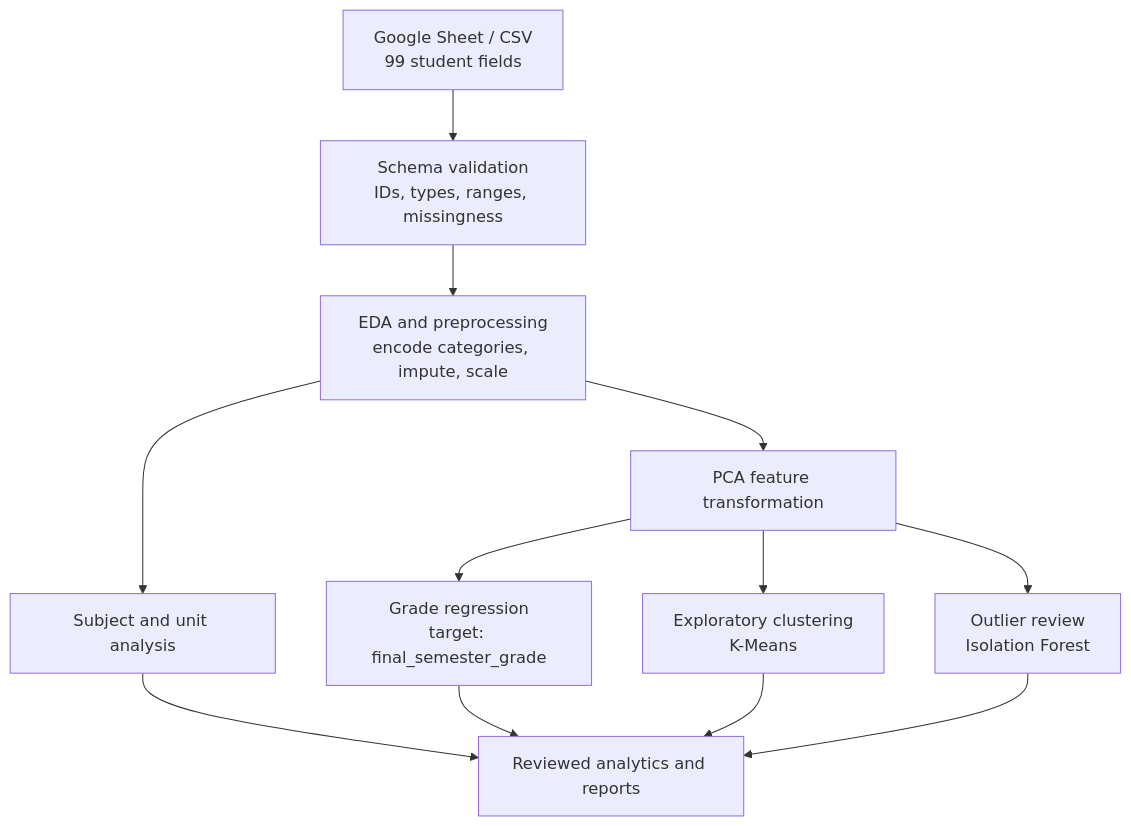
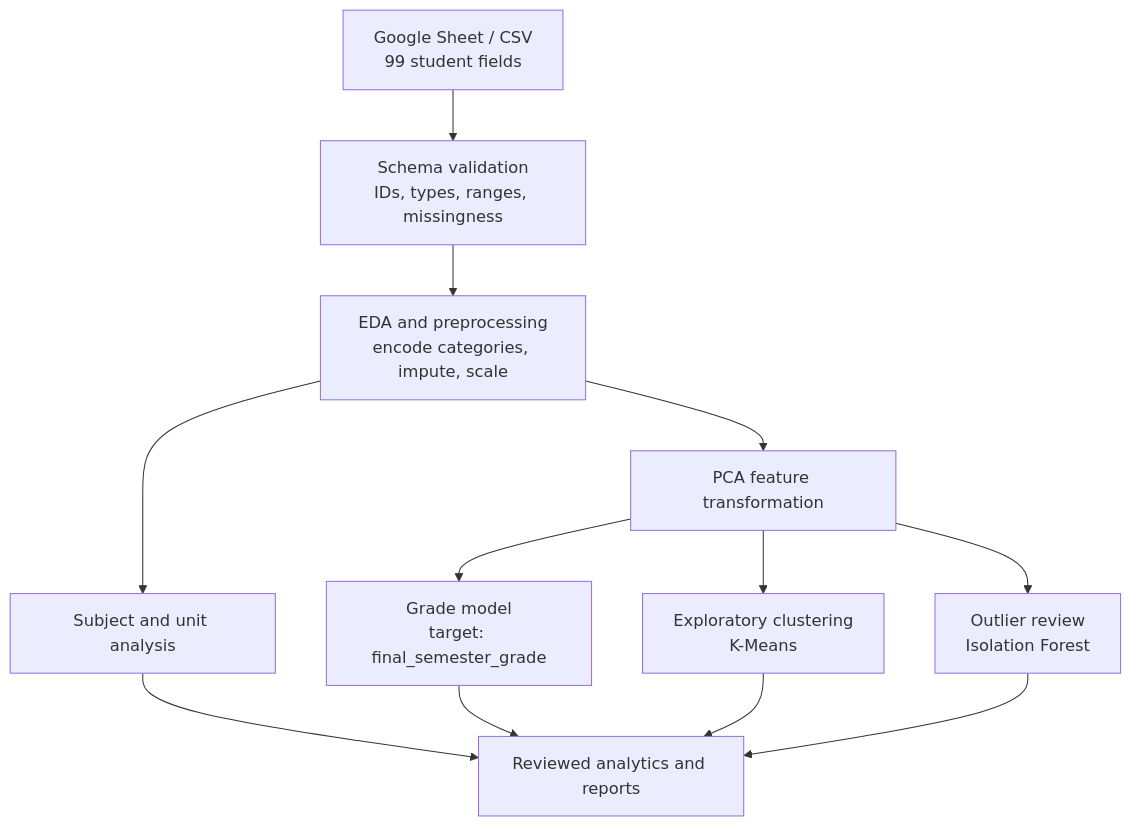
Before and after one commit to ayushdubey-dev/edu-growth: the first of 2 diagrams in README.md, drawn with Mermaid. The commit also changed other lines of this file, not shown here.

````diff
--- a/README.md
+++ b/README.md
@@ -46,14 +46,14 @@
 ```mermaid
 flowchart TD
     A["Google Sheet / CSV<br/>99 student fields"] --> B["Schema validation<br/>IDs, types, ranges, missingness"]
     B --> C["EDA and preprocessing<br/>encode categories, impute, scale"]
     C --> D["Subject and unit analysis"]
     C --> E["PCA feature transformation"]
-    E --> F["Grade regression<br/>target: final_semester_grade"]
+    E --> F["Grade model<br/>target: final_semester_grade"]
     E --> G["Exploratory clustering<br/>K-Means"]
     E --> H["Outlier review<br/>Isolation Forest"]
     D --> I["Reviewed analytics and reports"]
     F --> I
     G --> I
     H --> I
 ```
````
